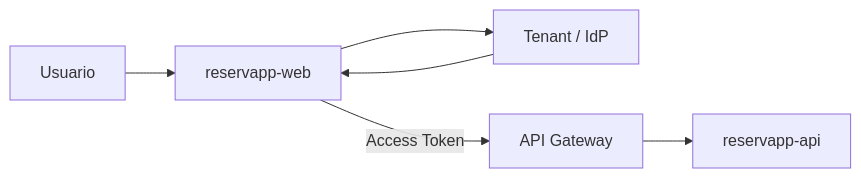
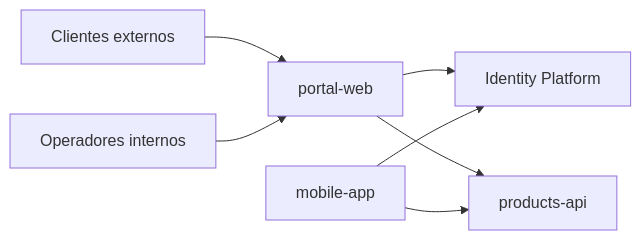
Before and after one commit to cmartinezs/DSY1107-DESARROLLO-CLOUD-NATIVE-I-2026-2: the second of 6 diagrams in semanas/semana-02/03-configurando-tenant.md, drawn with Mermaid. The commit also changed other lines of this file, not shown here.

Commit message:
docs: fix tenant content and GitHub-safe Mermaid

````diff
--- a/semanas/semana-02/03-configurando-tenant.md
+++ b/semanas/semana-02/03-configurando-tenant.md
@@ -201,8 +50,9 @@
 ```mermaid
 flowchart LR
-    U[Usuario] --> WEB[reservapp-web]
-    WEB --> IDP[Tenant / IdP]
-    IDP --> WEB
-    WEB -->|Access Token| GW[API Gateway]
-    GW --> API[reservapp-api]
+    EXT["Clientes externos"] --> WEB["portal-web"]
+    INT["Operadores internos"] --> WEB
+    WEB --> IDP["Identity Platform"]
+    MOB["mobile-app"] --> IDP
+    WEB --> API["products-api"]
+    MOB --> API
 ```
````
